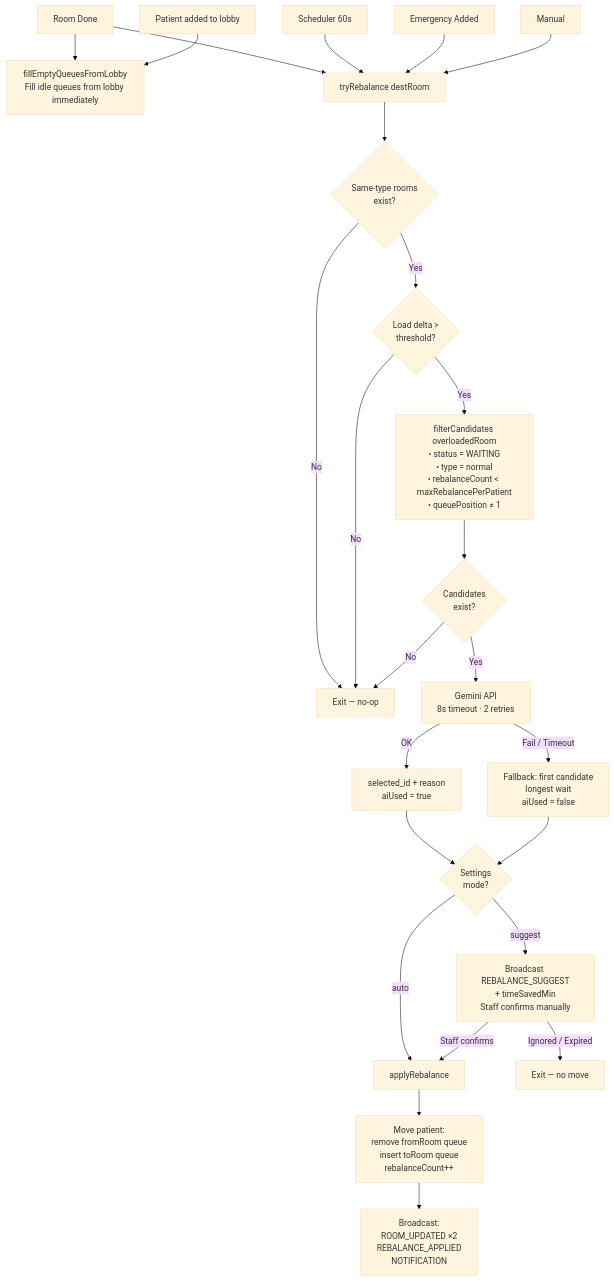
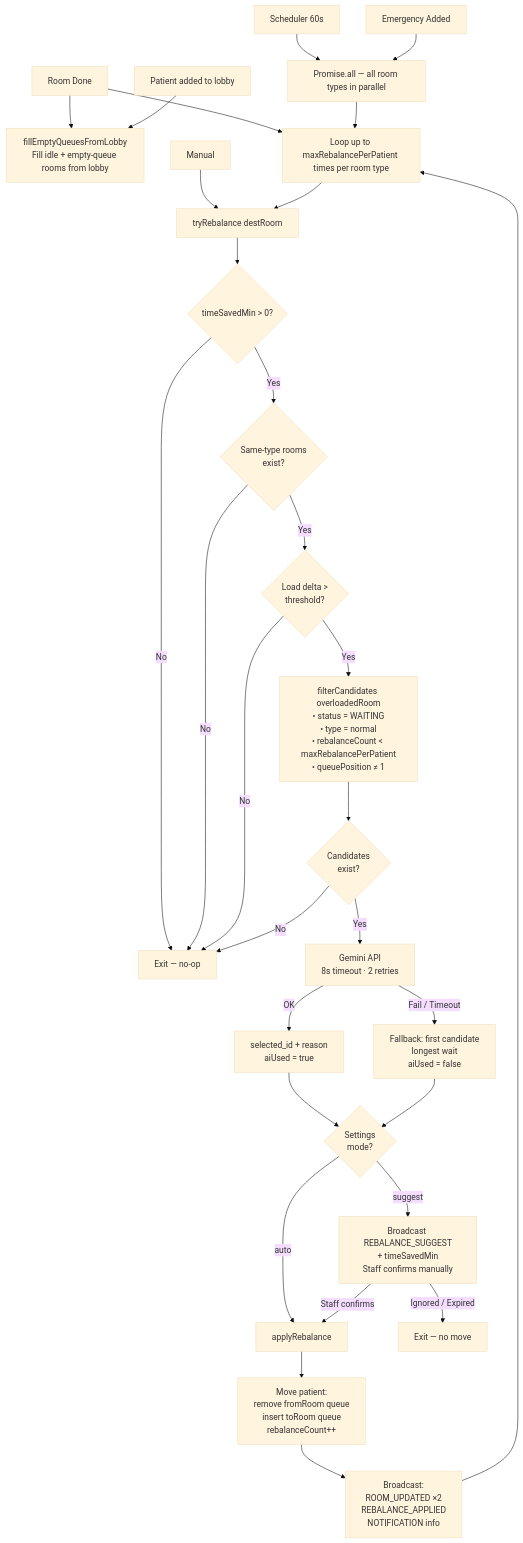
Before and after one commit to atdevten/poc: the diagram in README.md, drawn with Mermaid (base theme). The commit also changed other lines of this file and 1 other file, not shown here.

Commit message:
docs: update README rebalance flow diagram and add DEMO_SCRIPT
- README: reflect parallel room-type processing, multi-move loop,
  timeSavedMin guard, and updated notes
- Add DEMO_SCRIPT.md: 15-min stakeholder demo walkthrough with
  6 scenes, anticipated Q&A, and setup notes

````diff
--- a/README.md
+++ b/README.md
@@ -156,29 +156,38 @@
 ```mermaid
 flowchart TD
-    T1[Room Done] --> FQ[fillEmptyQueuesFromLobby\nFill idle queues from lobby immediately]
-    T1 --> TR
-    T2[Scheduler 60s] --> TR
-    T3[Emergency Added] --> TR
+    T1[Room Done] --> FQ[fillEmptyQueuesFromLobby\nFill idle + empty-queue rooms from lobby]
+    T1 --> LOOP
+    T2[Scheduler 60s] --> PAR
+    T3[Emergency Added] --> PAR
     T4[Manual] --> TR
     T5[Patient added to lobby] --> FQ
 
+    PAR[Promise.all — all room types in parallel]
+    PAR --> LOOP
+
+    LOOP[Loop up to maxRebalancePerPatient times per room type]
+    LOOP --> TR
+
     TR[tryRebalance destRoom]
-    TR --> SR{Same-type rooms\nexist?}
-    SR -- No --> END1[Exit — no-op]
+    TR --> TS{timeSavedMin > 0?}
+    TS -- No --> END1[Exit — no-op]
+    TS -- Yes --> SR{Same-type rooms\nexist?}
+    SR -- No --> END1
     SR -- Yes --> LD{Load delta >\nthreshold?}
     LD -- No --> END1
     LD -- Yes --> FC[filterCandidates overloadedRoom\n• status = WAITING\n• type = normal\n• rebalanceCount < maxRebalancePerPatient\n• queuePosition ≠ 1]
     FC --> CE{Candidates\nexist?}
     CE -- No --> END1
     CE -- Yes --> AI[Gemini API\n8s timeout · 2 retries]
     AI -- OK --> SEL[selected_id + reason\naiUsed = true]
     AI -- Fail / Timeout --> FB[Fallback: first candidate\nlongest wait\naiUsed = false]
     SEL --> MODE{Settings\nmode?}
     FB --> MODE
     MODE -- suggest --> SG[Broadcast REBALANCE_SUGGEST\n+ timeSavedMin\nStaff confirms manually]
     MODE -- auto --> AP[applyRebalance]
     SG -- Staff confirms --> AP
     SG -- Ignored / Expired --> END2[Exit — no move]
     AP --> MV[Move patient:\nremove fromRoom queue\ninsert toRoom queue\nrebalanceCount++]
-    MV --> BC[Broadcast:\nROOM_UPDATED ×2\nREBALANCE_APPLIED\nNOTIFICATION]
+    MV --> BC[Broadcast:\nROOM_UPDATED ×2\nREBALANCE_APPLIED\nNOTIFICATION info]
+    BC --> LOOP
 ```
````
